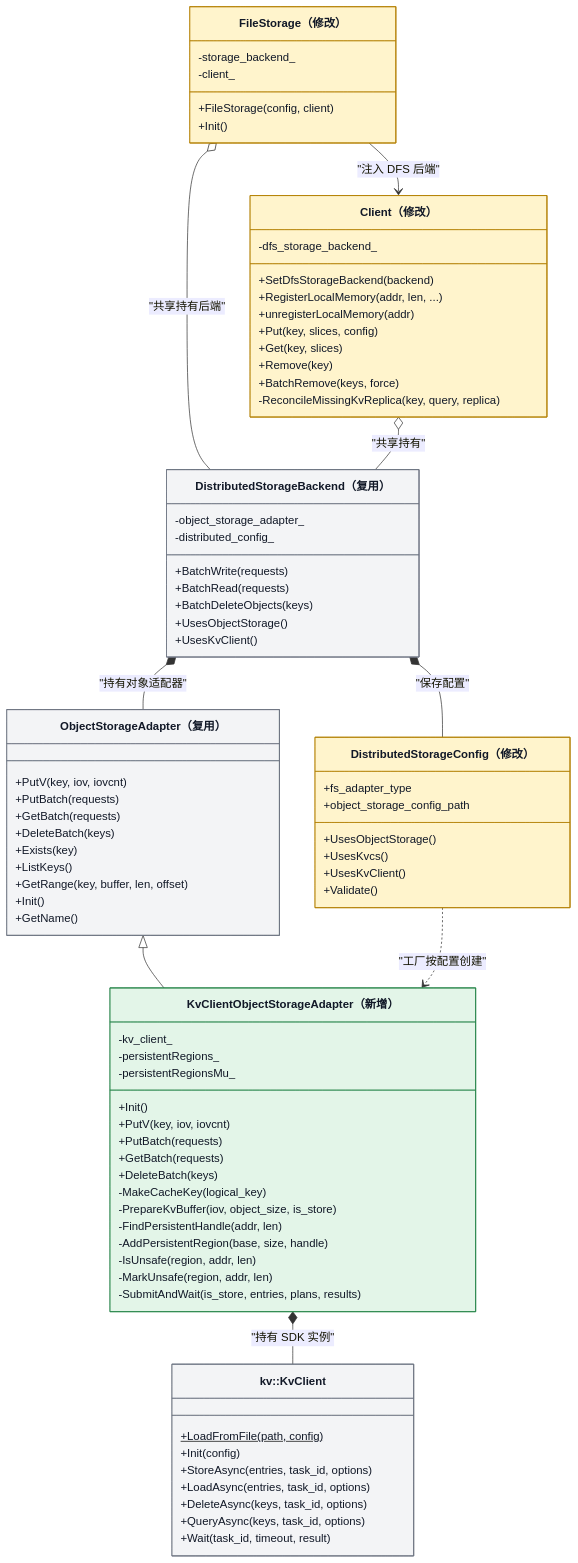
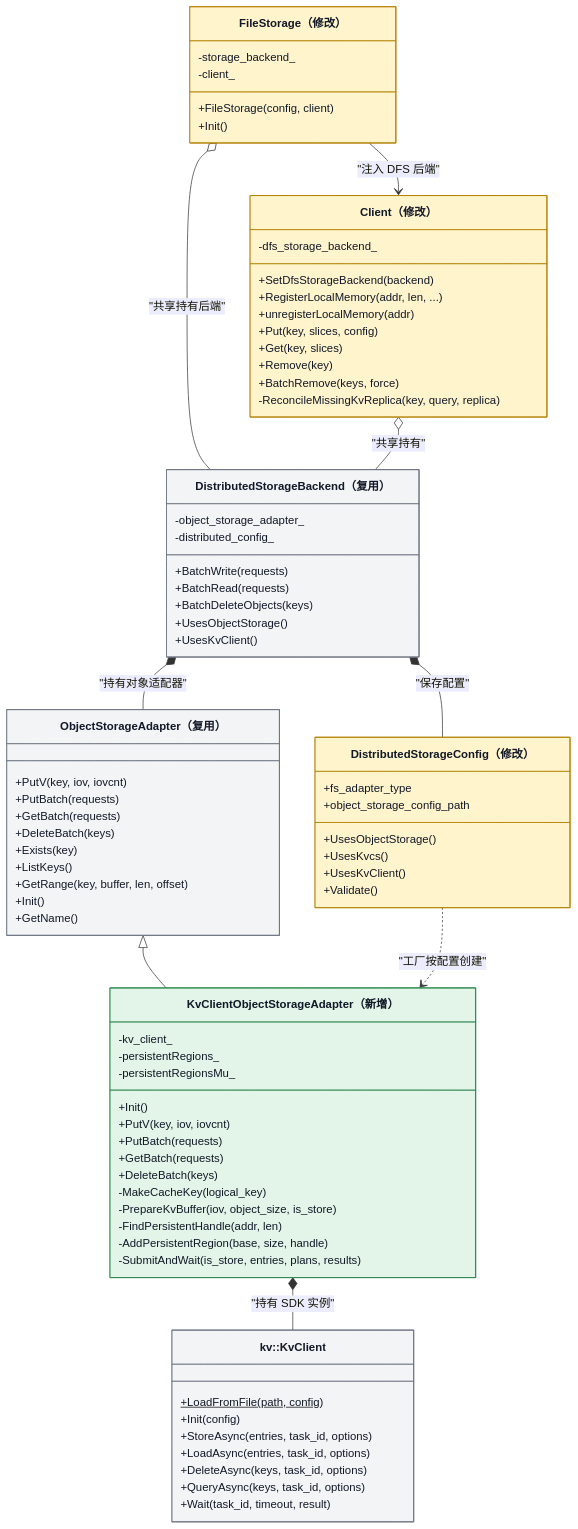
Before and after one commit to zwj20000328-dotcom/Mooncake-documents: the second of 13 diagrams in Mooncake + KVClient L3 接入（Kvcs）- v3.md, drawn with Mermaid. The commit also changed other lines of this file, not shown here.

First line of the commit message:
docs: drop the unsafe marking and the adapter Shutdown helper

```diff
--- a/Mooncake + KVClient L3 接入（Kvcs）- v3.md
+++ b/Mooncake + KVClient L3 接入（Kvcs）- v3.md
@@ -188,8 +188,6 @@
         -PrepareKvBuffer(iov, object_size, is_store)
         -FindPersistentHandle(addr, len)
         -AddPersistentRegion(base, size, handle)
-        -IsUnsafe(region, addr, len)
-        -MarkUnsafe(region, addr, len)
         -SubmitAndWait(is_store, entries, plans, results)
     }
 
```
